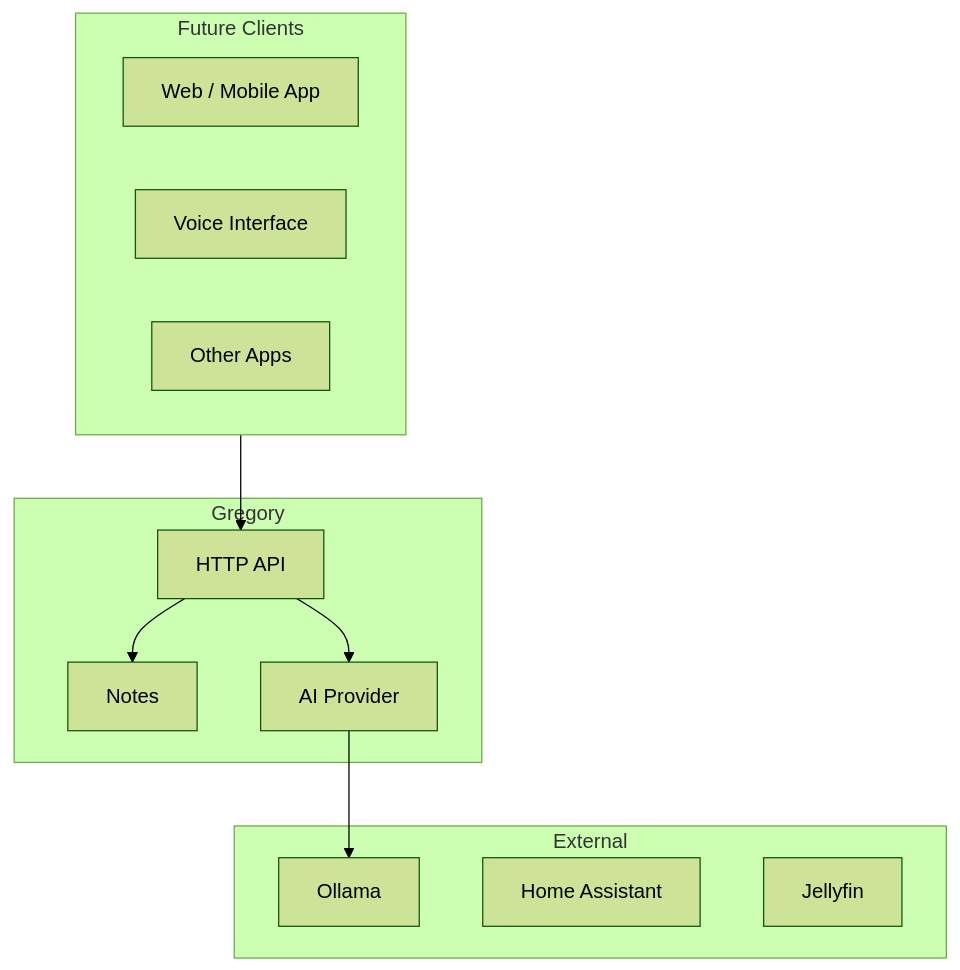
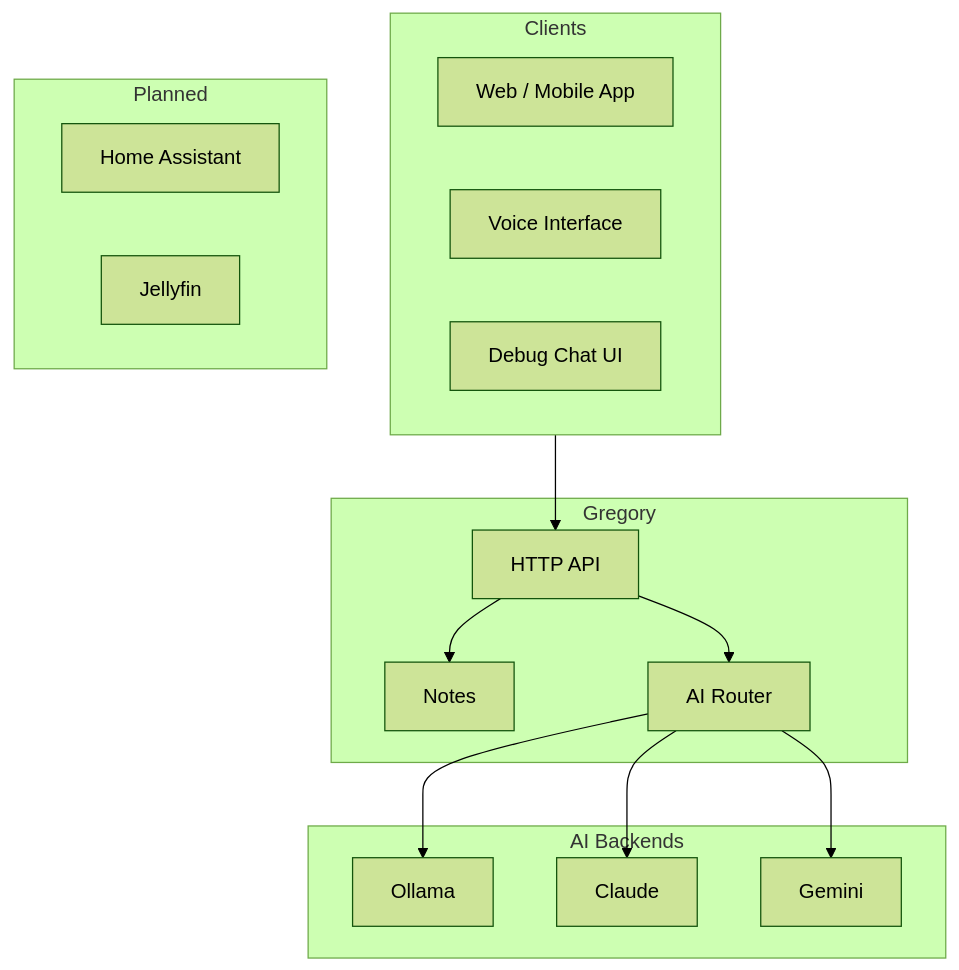
The first of 2 diagrams in README.md (StevenGann/Gregory), drawn with Mermaid (forest theme) before and after one commit. The commit also changed other lines of this file and 28 other files, not shown here.

````diff
--- a/README.md
+++ b/README.md
@@ -7,25 +7,32 @@
 ```mermaid
 flowchart TB
-    subgraph clients [Future Clients]
+    subgraph clients [Clients]
         WebApp[Web / Mobile App]
         VoiceInterface[Voice Interface]
-        OtherApps[Other Apps]
+        DebugUI[Debug Chat UI]
     end
 
     subgraph gregory [Gregory]
         API[HTTP API]
         Notes[Notes]
-        AI[AI Provider]
+        Router[AI Router]
     end
 
-    subgraph external [External]
+    subgraph ai [AI Backends]
         Ollama[Ollama]
+        Claude[Claude]
+        Gemini[Gemini]
+    end
+
+    subgraph future [Planned]
         HA[Home Assistant]
         Jellyfin[Jellyfin]
     end
 
     clients --> API
     API --> Notes
-    API --> AI
-    AI --> Ollama
+    API --> Router
+    Router --> Ollama
+    Router --> Claude
+    Router --> Gemini
 ```
````
